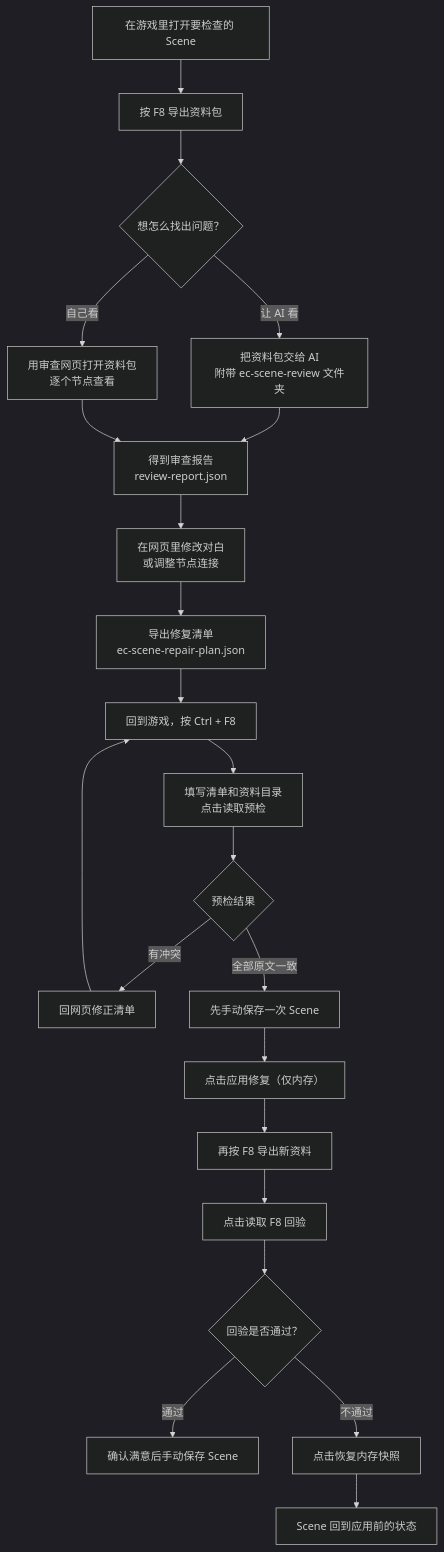
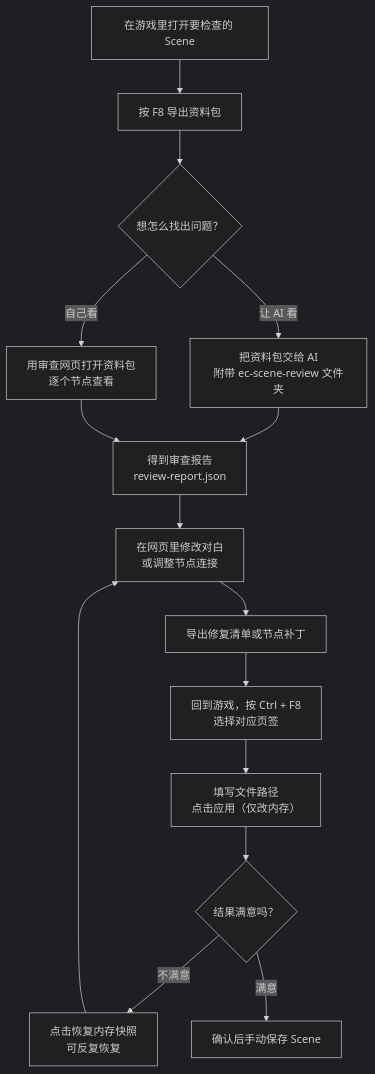
The first of 2 diagrams in EC_SceneAudit/Readme-deepseek-v4.1-flash.md (invatespec/EmotionCreators-plugins), drawn with Mermaid (dark theme) before and after one commit. The commit also changed other lines of this file and 45 other files, not shown here.

````diff
--- a/EC_SceneAudit/Readme-deepseek-v4.1-flash.md
+++ b/EC_SceneAudit/Readme-deepseek-v4.1-flash.md
@@ -40,24 +40,17 @@
 ```mermaid
 flowchart TD
     A["在游戏里打开要检查的 Scene"] --> B["按 F8 导出资料包"]
     B --> C{"想怎么找出问题？"}
     C -->|"让 AI 看"| D["把资料包交给 AI<br/>附带 ec-scene-review 文件夹"]
     C -->|"自己看"| E["用审查网页打开资料包<br/>逐个节点查看"]
     D --> F["得到审查报告<br/>review-report.json"]
     E --> F
     F --> G["在网页里修改对白<br/>或调整节点连接"]
-    G --> H["导出修复清单<br/>ec-scene-repair-plan.json"]
-    H --> I["回到游戏，按 Ctrl + F8"]
-    I --> J["填写清单和资料目录<br/>点击读取预检"]
-    J --> K{"预检结果"}
-    K -->|"有冲突"| L["回网页修正清单"]
-    L --> I
-    K -->|"全部原文一致"| M["先手动保存一次 Scene"]
-    M --> N["点击应用修复（仅内存）"]
-    N --> O["再按 F8 导出新资料"]
-    O --> P["点击读取 F8 回验"]
-    P --> Q{"回验是否通过？"}
-    Q -->|"通过"| R["确认满意后手动保存 Scene"]
-    Q -->|"不通过"| S["点击恢复内存快照"]
-    S --> T["Scene 回到应用前的状态"]
+    G --> H["导出修复清单或节点补丁"]
+    H --> I["回到游戏，按 Ctrl + F8<br/>选择对应页签"]
+    I --> J["填写文件路径<br/>点击应用（仅改内存）"]
+    J --> K{"结果满意吗？"}
+    K -->|"不满意"| L["点击恢复内存快照<br/>可反复恢复"]
+    K -->|"满意"| M["确认后手动保存 Scene"]
+    L --> G
 ```
````
